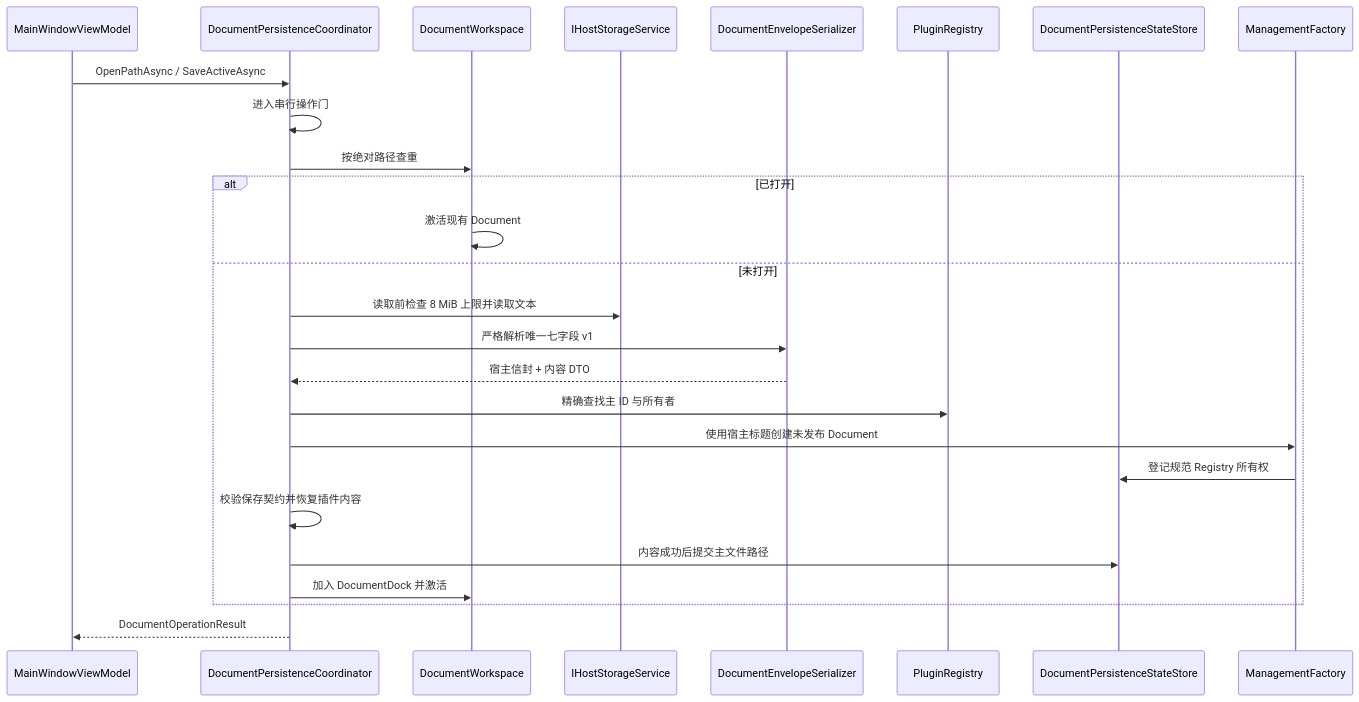
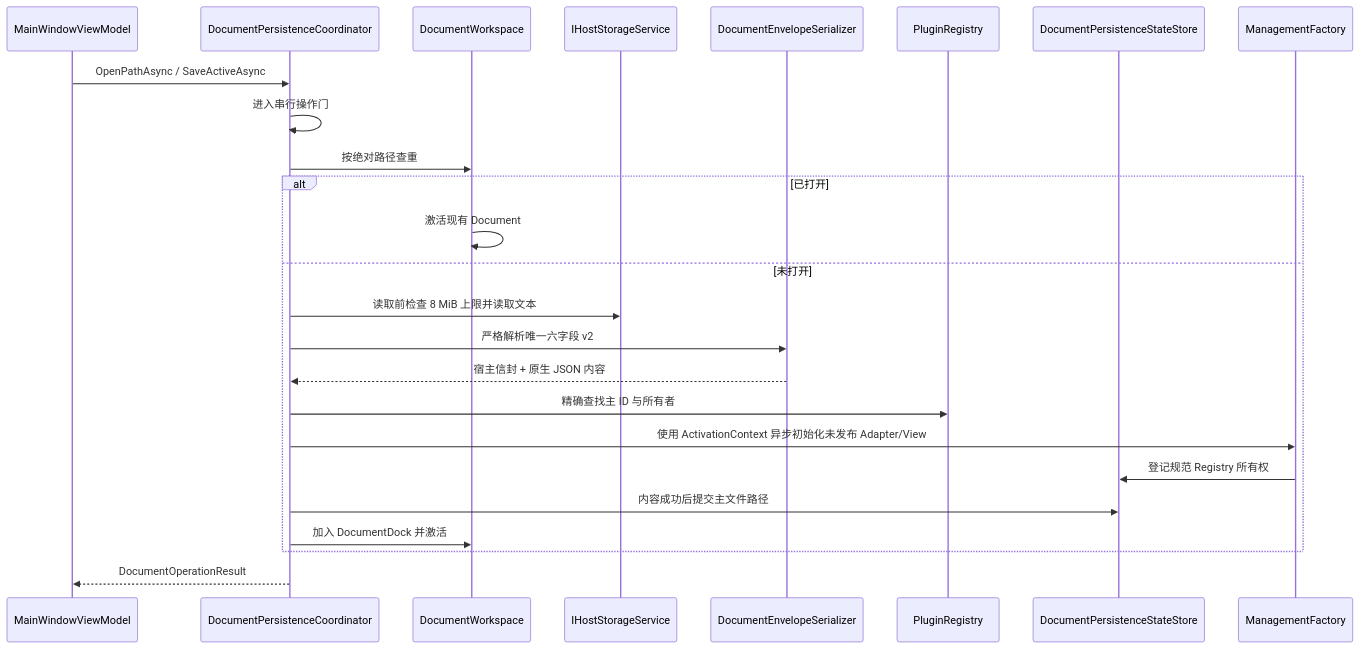
One commit to crownclowngx/avalonia_dock_simple_test changed the second of 2 diagrams in Host/MyAvaloniaManagement/docs/design/architecture.md. Above: the diagram before and after it, drawn with Mermaid. The commit also changed other lines of this file and 80 other files, not shown here.

````diff
--- a/Host/MyAvaloniaManagement/docs/design/architecture.md
+++ b/Host/MyAvaloniaManagement/docs/design/architecture.md
@@ -229,29 +229,28 @@
 ```mermaid
 sequenceDiagram
     participant VM as MainWindowViewModel
     participant C as DocumentPersistenceCoordinator
     participant W as DocumentWorkspace
     participant S as IHostStorageService
     participant E as DocumentEnvelopeSerializer
     participant R as PluginRegistry
     participant P as DocumentPersistenceStateStore
     participant F as ManagementFactory
 
     VM->>C: OpenPathAsync / SaveActiveAsync
     C->>C: 进入串行操作门
     C->>W: 按绝对路径查重
     alt 已打开
         W->>W: 激活现有 Document
     else 未打开
         C->>S: 读取前检查 8 MiB 上限并读取文本
-        C->>E: 严格解析唯一七字段 v1
-        E-->>C: 宿主信封 + 内容 DTO
+        C->>E: 严格解析唯一六字段 v2
+        E-->>C: 宿主信封 + 原生 JSON 内容
         C->>R: 精确查找主 ID 与所有者
-        C->>F: 使用宿主标题创建未发布 Document
+        C->>F: 使用 ActivationContext 异步初始化未发布 Adapter/View
         F->>P: 登记规范 Registry 所有权
-        C->>C: 校验保存契约并恢复插件内容
         C->>P: 内容成功后提交主文件路径
         C->>W: 加入 DocumentDock 并激活
     end
     C-->>VM: DocumentOperationResult
 ```
````
